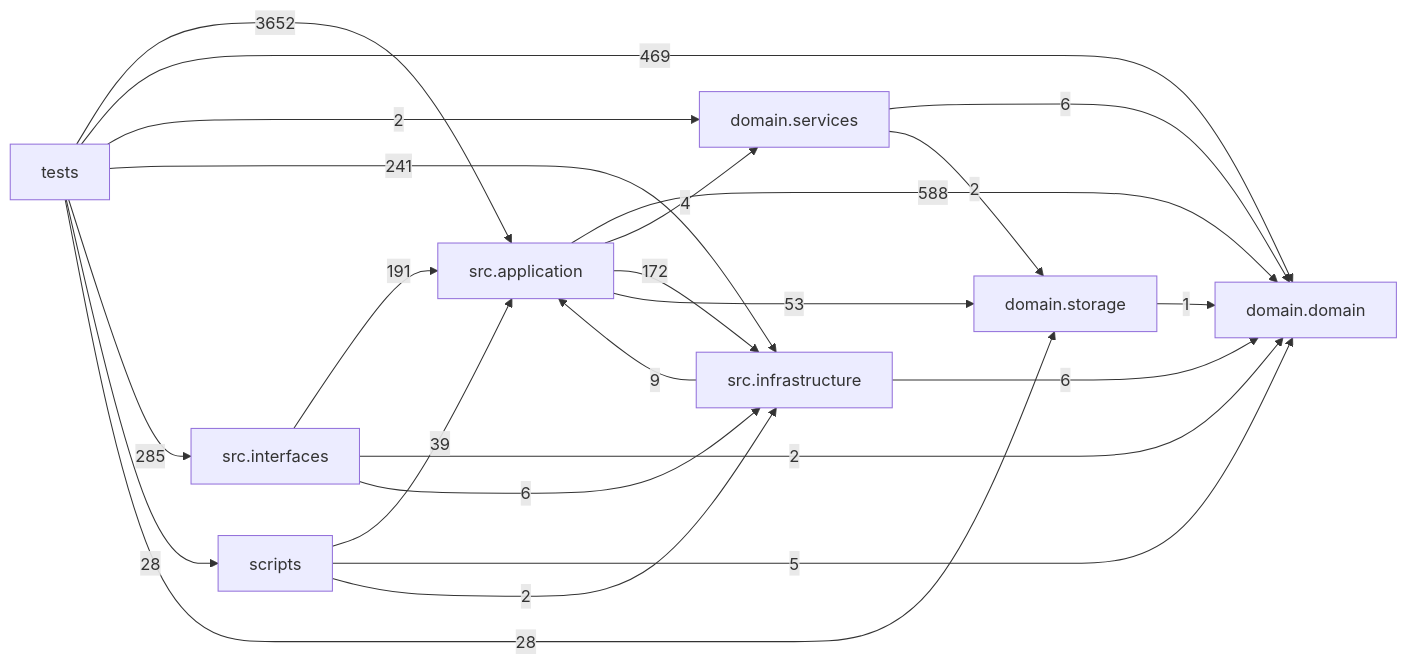
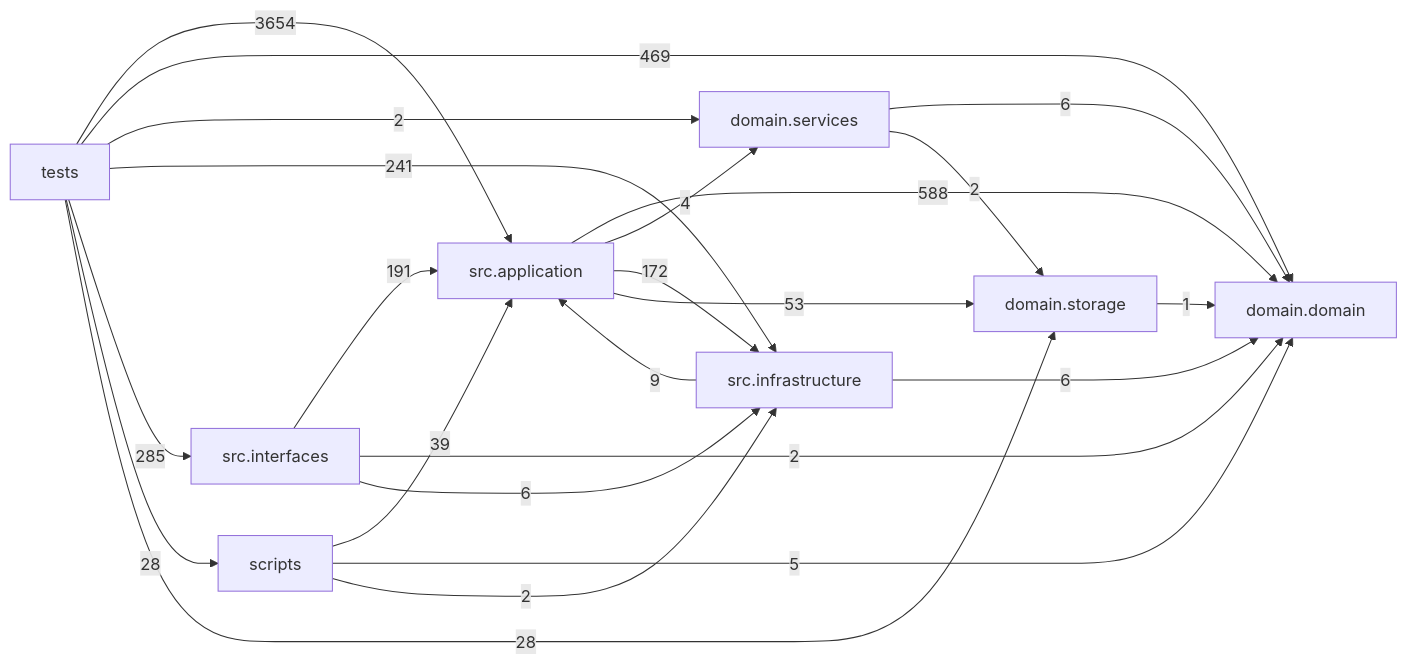
One commit to liuxie066/options-monitor changed the diagram in docs/DEPENDENCY_GRAPH.md. Above: the diagram before and after it, drawn with Mermaid. The commit also changed other lines of this file and 3 other files, not shown here.

````diff
--- a/docs/DEPENDENCY_GRAPH.md
+++ b/docs/DEPENDENCY_GRAPH.md
@@ -24,33 +24,33 @@
 ```mermaid
 flowchart LR
   tests["tests"]
   scripts["scripts"]
   interfaces["src.interfaces"]
   application["src.application"]
   infrastructure["src.infrastructure"]
   domain_services["domain.services"]
   domain["domain.domain"]
   storage["domain.storage"]
   application -->|588| domain
   application -->|4| domain_services
   application -->|172| infrastructure
   application -->|53| storage
   domain_services -->|6| domain
   domain_services -->|2| storage
   infrastructure -->|9| application
   infrastructure -->|6| domain
   interfaces -->|191| application
   interfaces -->|2| domain
   interfaces -->|6| infrastructure
   scripts -->|39| application
   scripts -->|5| domain
   scripts -->|2| infrastructure
   storage -->|1| domain
-  tests -->|3652| application
+  tests -->|3654| application
   tests -->|469| domain
   tests -->|2| domain_services
   tests -->|241| infrastructure
   tests -->|285| interfaces
   tests -->|28| scripts
   tests -->|28| storage
 ```
````
